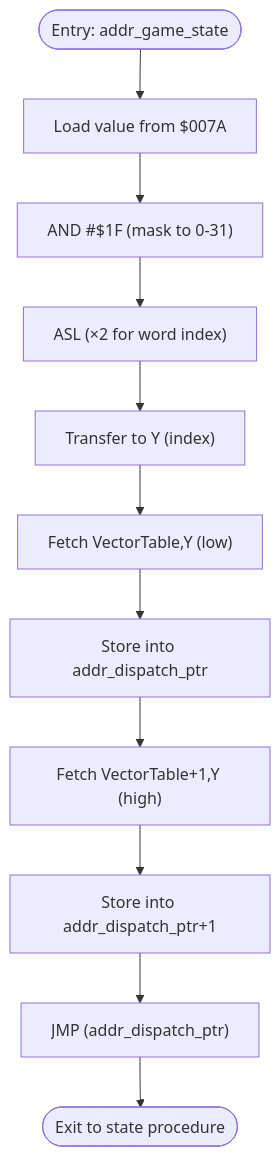
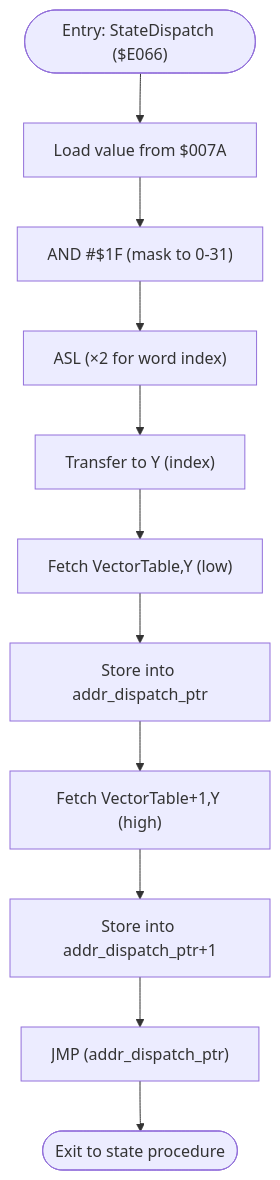
The third of 5 diagrams in .qoder/repowiki/en/content/Game State Management/State Machine Architecture/Vector Dispatch Mechanism.md (rabbyzero/sango2dasm), drawn with Mermaid before and after one commit. The commit also changed other lines of this file and 9 other files, not shown here.

````diff
--- a/.qoder/repowiki/en/content/Game State Management/State Machine Architecture/Vector Dispatch Mechanism.md
+++ b/.qoder/repowiki/en/content/Game State Management/State Machine Architecture/Vector Dispatch Mechanism.md
@@ -137,13 +175,13 @@
 ```mermaid
 flowchart TD
-Start(["Entry: addr_game_state"]) --> Load["Load value from $007A"]
+Start(["Entry: StateDispatch ($E066)"]) --> Load["Load value from $007A"]
 Load --> Mask["AND #$1F (mask to 0-31)"]
 Mask --> Shift["ASL (×2 for word index)"]
 Shift --> YReg["Transfer to Y (index)"]
 YReg --> FetchLow["Fetch VectorTable,Y (low)"]
 FetchLow --> SavePtrLow["Store into addr_dispatch_ptr"]
 SavePtrLow --> FetchHigh["Fetch VectorTable+1,Y (high)"]
 FetchHigh --> SavePtrHigh["Store into addr_dispatch_ptr+1"]
 SavePtrHigh --> IndJump["JMP (addr_dispatch_ptr)"]
 IndJump --> End(["Exit to state procedure"])
 ```
````
